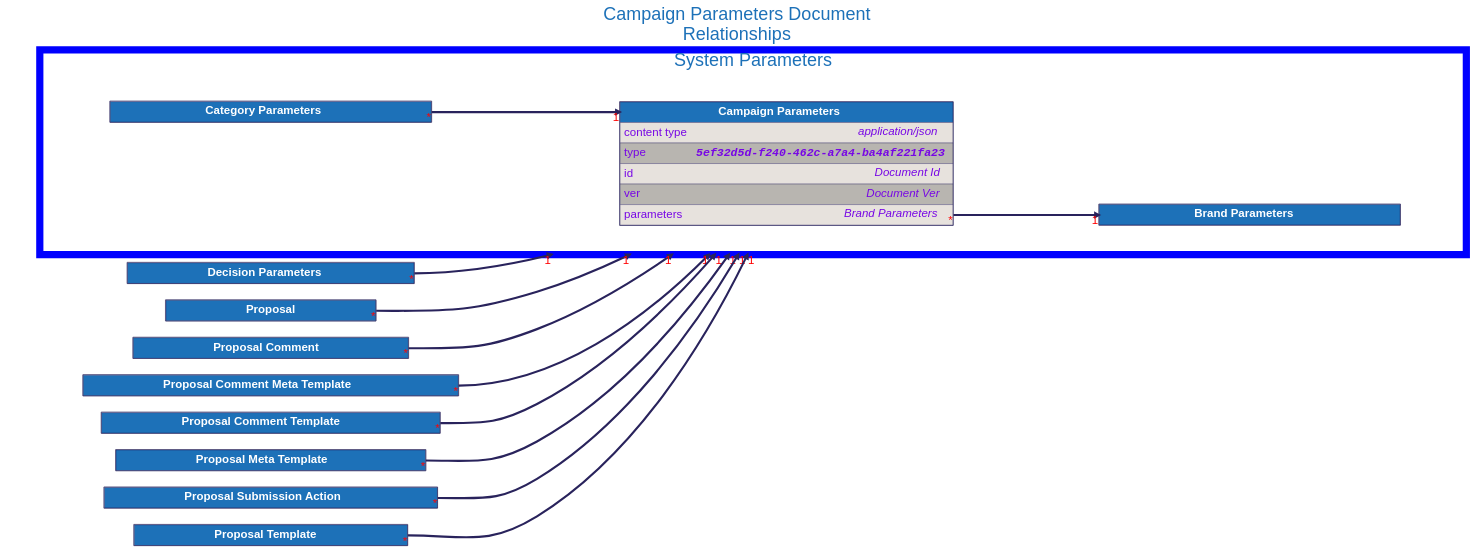
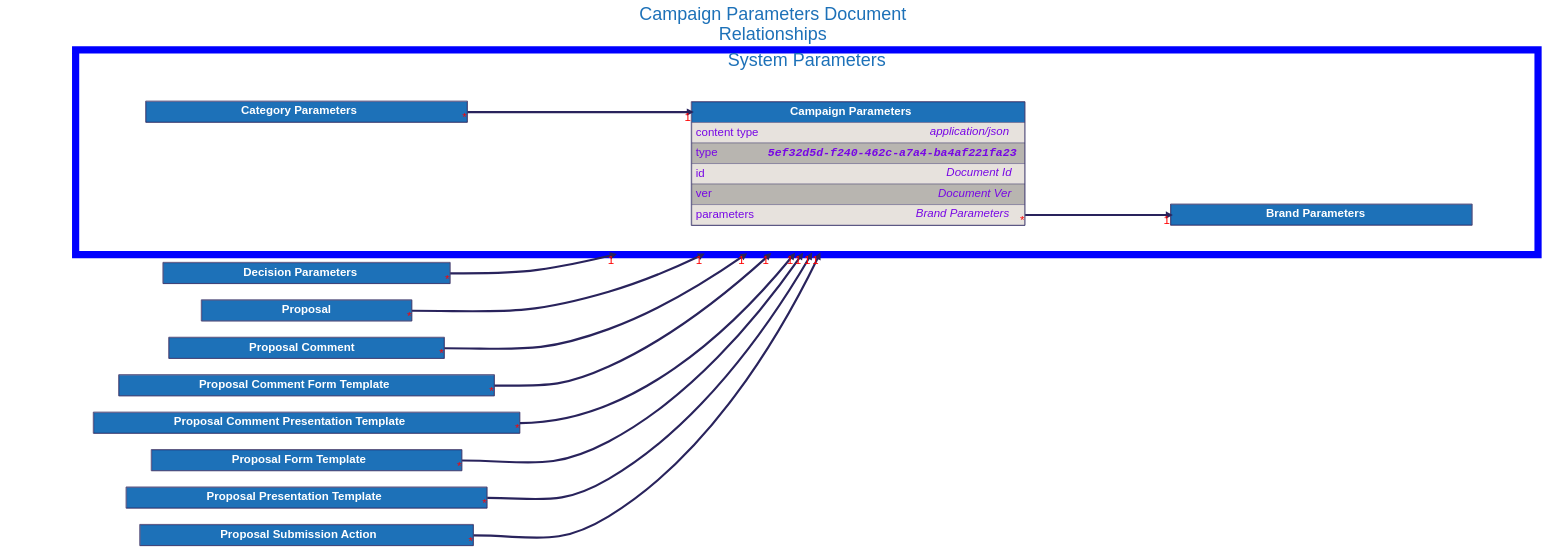
One commit to input-output-hk/catalyst-libs changed the diagram in docs/src/architecture/08_concepts/signed_doc/diagrams/campaign_parameters.dot. Above: the diagram before and after it, drawn with Graphviz. The commit also changed 40 other files, not shown here.

```diff
--- a/docs/src/architecture/08_concepts/signed_doc/diagrams/campaign_parameters.dot
+++ b/docs/src/architecture/08_concepts/signed_doc/diagrams/campaign_parameters.dot
@@ -159,13 +159,13 @@
     ];
 
 
-    "Proposal Comment Meta Template" [
-        id="Proposal Comment Meta Template";
+    "Proposal Comment Form Template" [
+        id="Proposal Comment Form Template";
         label=<
             <TABLE BORDER="2" COLOR="#29235c" CELLBORDER="1" CELLSPACING="0" CELLPADDING="10">
             <TR>
-                <TD PORT="title" BGCOLOR="#1d71b8" HREF="../proposal_comment_meta_template/">
-                    <FONT COLOR="#ffffff"><B> Proposal Comment Meta Template </B></FONT>
+                <TD PORT="title" BGCOLOR="#1d71b8" HREF="../proposal_comment_form_template/">
+                    <FONT COLOR="#ffffff"><B> Proposal Comment Form Template </B></FONT>
                 </TD>
             </TR>
 
@@ -174,13 +174,13 @@
     ];
 
 
-    "Proposal Comment Template" [
-        id="Proposal Comment Template";
+    "Proposal Comment Presentation Template" [
+        id="Proposal Comment Presentation Template";
         label=<
             <TABLE BORDER="2" COLOR="#29235c" CELLBORDER="1" CELLSPACING="0" CELLPADDING="10">
             <TR>
-                <TD PORT="title" BGCOLOR="#1d71b8" HREF="../proposal_comment_template/">
-                    <FONT COLOR="#ffffff"><B> Proposal Comment Template </B></FONT>
+                <TD PORT="title" BGCOLOR="#1d71b8" HREF="../proposal_comment_presentation_template/">
+                    <FONT COLOR="#ffffff"><B> Proposal Comment Presentation Template </B></FONT>
                 </TD>
             </TR>
 
@@ -189,13 +189,28 @@
     ];
 
 
-    "Proposal Meta Template" [
-        id="Proposal Meta Template";
+    "Proposal Form Template" [
+        id="Proposal Form Template";
         label=<
             <TABLE BORDER="2" COLOR="#29235c" CELLBORDER="1" CELLSPACING="0" CELLPADDING="10">
             <TR>
-                <TD PORT="title" BGCOLOR="#1d71b8" HREF="../proposal_meta_template/">
-                    <FONT COLOR="#ffffff"><B> Proposal Meta Template </B></FONT>
+                <TD PORT="title" BGCOLOR="#1d71b8" HREF="../proposal_form_template/">
+                    <FONT COLOR="#ffffff"><B> Proposal Form Template </B></FONT>
+                </TD>
+            </TR>
+
+            </TABLE>
+        >
+    ];
+
+
+    "Proposal Presentation Template" [
+        id="Proposal Presentation Template";
+        label=<
+            <TABLE BORDER="2" COLOR="#29235c" CELLBORDER="1" CELLSPACING="0" CELLPADDING="10">
+            <TR>
+                <TD PORT="title" BGCOLOR="#1d71b8" HREF="../proposal_presentation_template/">
+                    <FONT COLOR="#ffffff"><B> Proposal Presentation Template </B></FONT>
                 </TD>
             </TR>
 
@@ -219,29 +234,14 @@
     ];
 
 
-    "Proposal Template" [
-        id="Proposal Template";
-        label=<
-            <TABLE BORDER="2" COLOR="#29235c" CELLBORDER="1" CELLSPACING="0" CELLPADDING="10">
-            <TR>
-                <TD PORT="title" BGCOLOR="#1d71b8" HREF="../proposal_template/">
-                    <FONT COLOR="#ffffff"><B> Proposal Template </B></FONT>
-                </TD>
-            </TR>
-
-            </TABLE>
-        >
-    ];
-
-
     "Campaign Parameters":"parameters":e -> "Brand Parameters":"title":w [dir=forward, penwidth=6, color="#29235c", headlabel="1", taillabel="*"]
     "Category Parameters":"title":e -> "Campaign Parameters":"title":w [dir=forward, penwidth=6, color="#29235c", headlabel="1", taillabel="*"]
     "Decision Parameters":"title":e -> "Campaign Parameters" [dir=forward, penwidth=6, color="#29235c", headlabel="1", taillabel="*", lhead="cluster_system_parameters"]
     "Proposal":"title":e -> "Campaign Parameters" [dir=forward, penwidth=6, color="#29235c", headlabel="1", taillabel="*", lhead="cluster_system_parameters"]
     "Proposal Comment":"title":e -> "Campaign Parameters" [dir=forward, penwidth=6, color="#29235c", headlabel="1", taillabel="*", lhead="cluster_system_parameters"]
-    "Proposal Comment Meta Template":"title":e -> "Campaign Parameters" [dir=forward, penwidth=6, color="#29235c", headlabel="1", taillabel="*", lhead="cluster_system_parameters"]
-    "Proposal Comment Template":"title":e -> "Campaign Parameters" [dir=forward, penwidth=6, color="#29235c", headlabel="1", taillabel="*", lhead="cluster_system_parameters"]
-    "Proposal Meta Template":"title":e -> "Campaign Parameters" [dir=forward, penwidth=6, color="#29235c", headlabel="1", taillabel="*", lhead="cluster_system_parameters"]
+    "Proposal Comment Form Template":"title":e -> "Campaign Parameters" [dir=forward, penwidth=6, color="#29235c", headlabel="1", taillabel="*", lhead="cluster_system_parameters"]
+    "Proposal Comment Presentation Template":"title":e -> "Campaign Parameters" [dir=forward, penwidth=6, color="#29235c", headlabel="1", taillabel="*", lhead="cluster_system_parameters"]
+    "Proposal Form Template":"title":e -> "Campaign Parameters" [dir=forward, penwidth=6, color="#29235c", headlabel="1", taillabel="*", lhead="cluster_system_parameters"]
+    "Proposal Presentation Template":"title":e -> "Campaign Parameters" [dir=forward, penwidth=6, color="#29235c", headlabel="1", taillabel="*", lhead="cluster_system_parameters"]
     "Proposal Submission Action":"title":e -> "Campaign Parameters" [dir=forward, penwidth=6, color="#29235c", headlabel="1", taillabel="*", lhead="cluster_system_parameters"]
-    "Proposal Template":"title":e -> "Campaign Parameters" [dir=forward, penwidth=6, color="#29235c", headlabel="1", taillabel="*", lhead="cluster_system_parameters"]
 }
```
